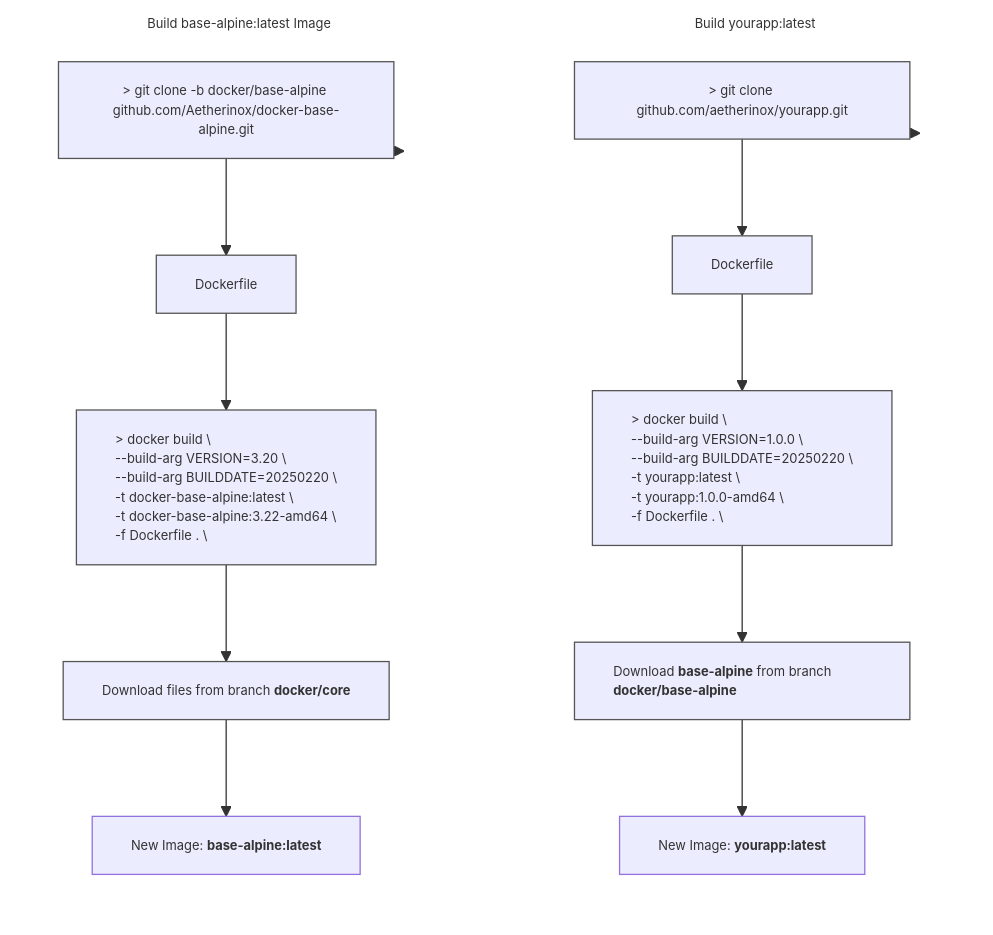
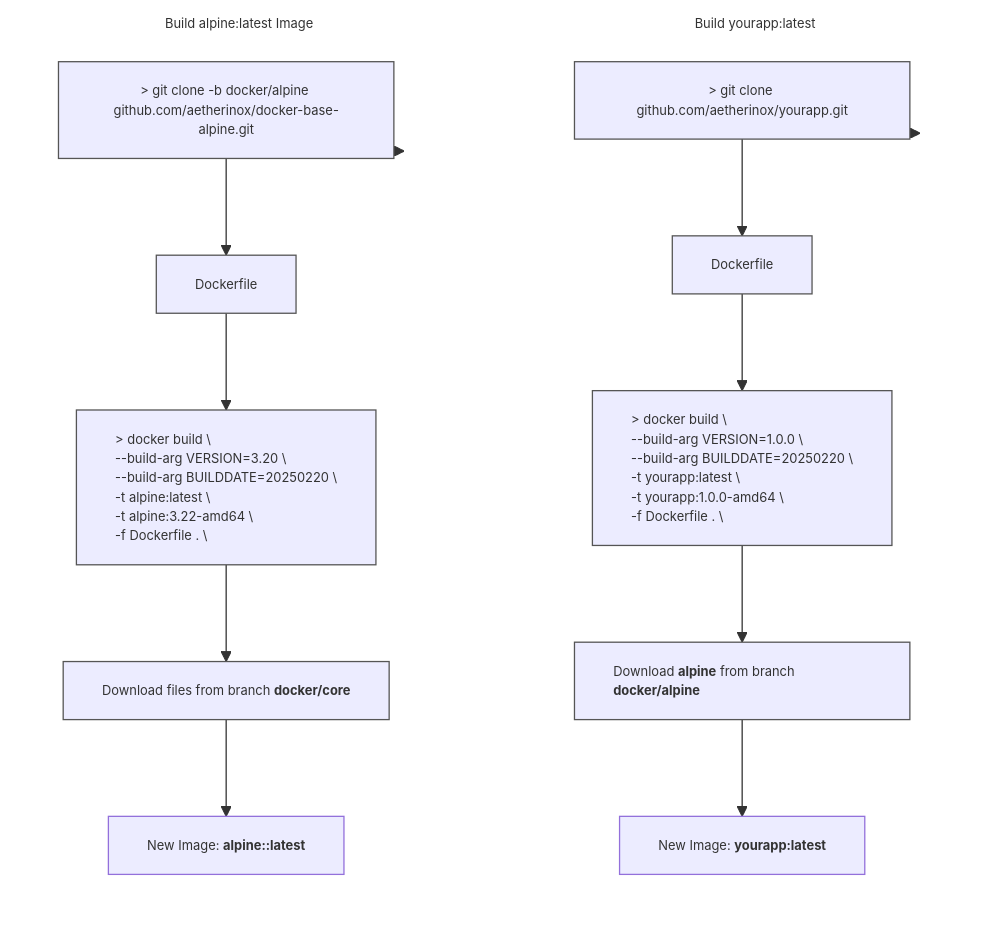
Before and after one commit to aetherinox/docker-base-alpine: the diagram in README.md, drawn with Mermaid. The commit also changed other lines of this file, not shown here.

````diff
--- a/README.md
+++ b/README.md
@@ -988,49 +988,49 @@
 ```mermaid
 %%{init: { 'themeVariables': { 'fontSize': '10px' }}}%%
 flowchart TB
 
 subgraph GRAPH_YOURAPP ["Build yourapp:latest"]
     direction TB
     obj_step10["`&gt; git clone github.com/aetherinox/yourapp.git`"]
     obj_step11["`Dockerfile`"]
     obj_step12["`&gt; docker build &bsol;
     --build-arg VERSION=1.0.0 &bsol;
     --build-arg BUILDDATE=20250220 &bsol;
     -t yourapp:latest &bsol;
     -t yourapp:1.0.0-amd64 &bsol;
     -f Dockerfile . &bsol;`"]
-    obj_step13["`Download **base-alpine** from branch **docker/base-alpine**`"]
+    obj_step13["`Download **alpine** from branch **docker/alpine**`"]
     obj_step14["`New Image: **yourapp:latest**`"]
 
     style obj_step10 text-align:center,stroke-width:1px,stroke:#555
     style obj_step11 text-align:left,stroke-width:1px,stroke:#555
     style obj_step12 text-align:left,stroke-width:1px,stroke:#555
     style obj_step13 text-align:left,stroke-width:1px,stroke:#555
 end
 
 style GRAPH_YOURAPP text-align:center,stroke-width:1px,stroke:transparent,fill:transparent
 
-subgraph GRAPH_ALPINE["Build base-alpine:latest Image"]
+subgraph GRAPH_ALPINE["Build alpine:latest Image"]
 direction TB
-    obj_step20["`&gt; git clone -b docker/base-alpine github.com/Aetherinox/docker-base-alpine.git`"]
+    obj_step20["`&gt; git clone -b docker/alpine github.com/aetherinox/docker-base-alpine.git`"]
     obj_step21["`Dockerfile`"]
     obj_step22["`&gt; docker build &bsol;
     --build-arg VERSION=3.20 &bsol;
     --build-arg BUILDDATE=20250220 &bsol;
-    -t docker-base-alpine:latest &bsol;
-    -t docker-base-alpine:3.22-amd64 &bsol;
+    -t alpine:latest &bsol;
+    -t alpine:3.22-amd64 &bsol;
     -f Dockerfile . &bsol;`"]
     obj_step23["`Download files from branch **docker/core**`"]
-    obj_step24["`New Image: **base-alpine:latest**`"]
+    obj_step24["`New Image: **alpine::latest**`"]
 
     style obj_step20 text-align:center,stroke-width:1px,stroke:#555
     style obj_step21 text-align:left,stroke-width:1px,stroke:#555
     style obj_step22 text-align:left,stroke-width:1px,stroke:#555
     style obj_step23 text-align:left,stroke-width:1px,stroke:#555
 end
 
 style GRAPH_ALPINE text-align:center,stroke-width:1px,stroke:transparent,fill:transparent
 
 GRAPH_YOURAPP --> obj_step10 --> obj_step11 --> obj_step12 --> obj_step13 --> obj_step14
 GRAPH_ALPINE --> obj_step20 --> obj_step21 --> obj_step22 --> obj_step23 --> obj_step24
 ```
````
